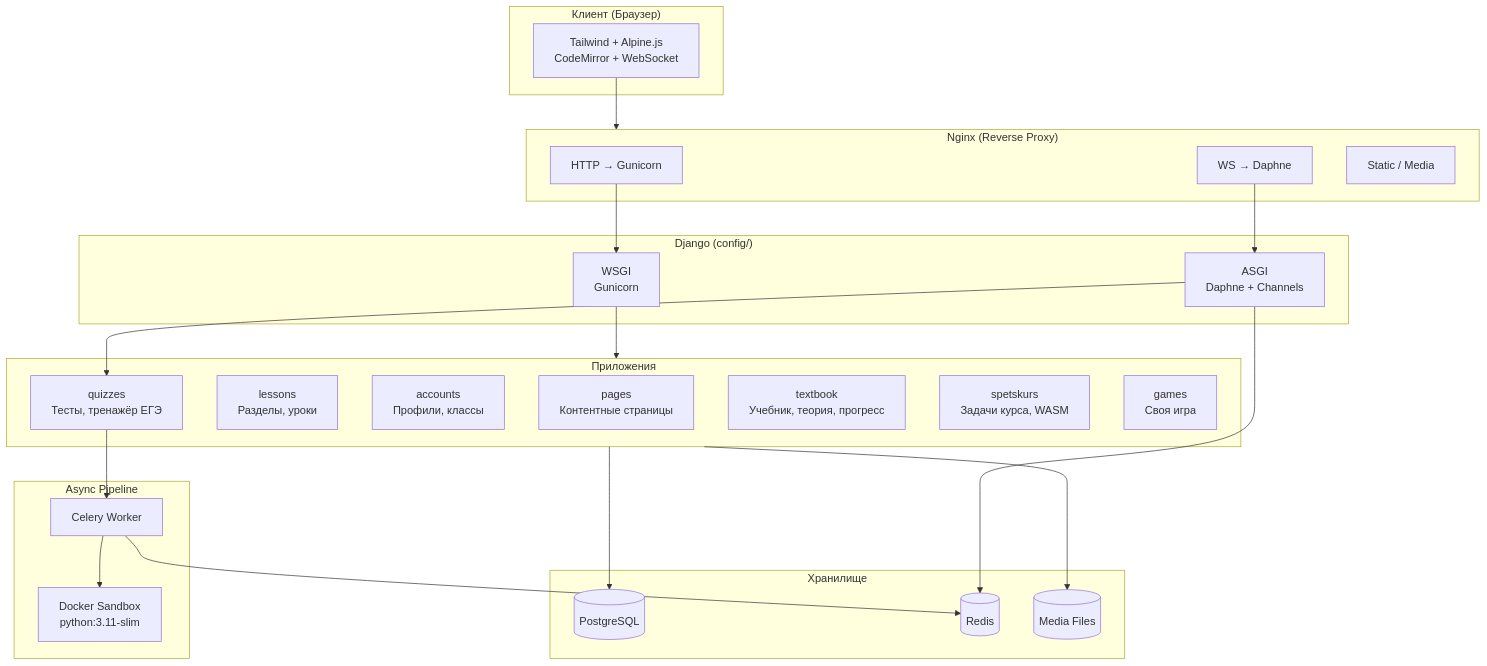
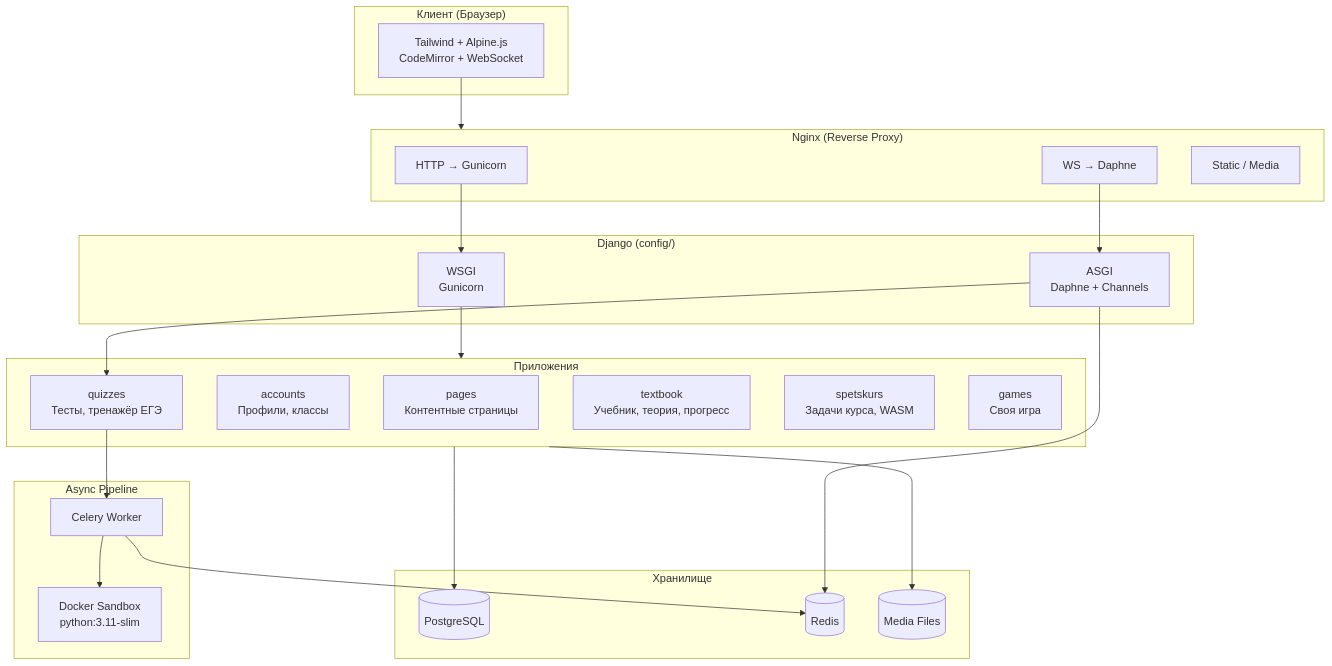
One commit to Kirill2517nv/SiteAboutMe changed the diagram in docs/architecture/overview.md. Above: the diagram before and after it, drawn with Mermaid. The commit also changed other lines of this file and 79 other files, not shown here.

````diff
--- a/docs/architecture/overview.md
+++ b/docs/architecture/overview.md
@@ -5,52 +5,51 @@
 ```mermaid
 graph TB
     subgraph Client["Клиент (Браузер)"]
         BROWSER[Tailwind + Alpine.js\nCodeMirror + WebSocket]
     end
 
     subgraph Nginx["Nginx (Reverse Proxy)"]
         HTTP_PROXY[HTTP → Gunicorn]
         WS_PROXY[WS → Daphne]
         STATIC_SERVE[Static / Media]
     end
 
     subgraph Django["Django (config/)"]
         WSGI[WSGI\nGunicorn]
         ASGI[ASGI\nDaphne + Channels]
     end
 
     subgraph Apps["Приложения"]
         PAG[pages\nКонтентные страницы]
-        LES[lessons\nРазделы, уроки]
         ACC[accounts\nПрофили, классы]
         QUI[quizzes\nТесты, тренажёр ЕГЭ]
         TXT[textbook\nУчебник, теория, прогресс]
         SPK[spetskurs\nЗадачи курса, WASM]
         GAM[games\nСвоя игра]
     end
 
     subgraph Async["Async Pipeline"]
         CELERY[Celery Worker]
         DOCKER[Docker Sandbox\npython:3.11-slim]
     end
 
     subgraph Storage["Хранилище"]
         PG[(PostgreSQL)]
         REDIS[(Redis)]
         MEDIA[(Media Files)]
     end
 
     BROWSER --> Nginx
     HTTP_PROXY --> WSGI
     WS_PROXY --> ASGI
 
     WSGI --> Apps
     ASGI --> QUI
 
     Apps --> PG
     Apps --> MEDIA
     QUI --> CELERY
     CELERY --> DOCKER
     CELERY --> REDIS
     ASGI --> REDIS
 ```
````
